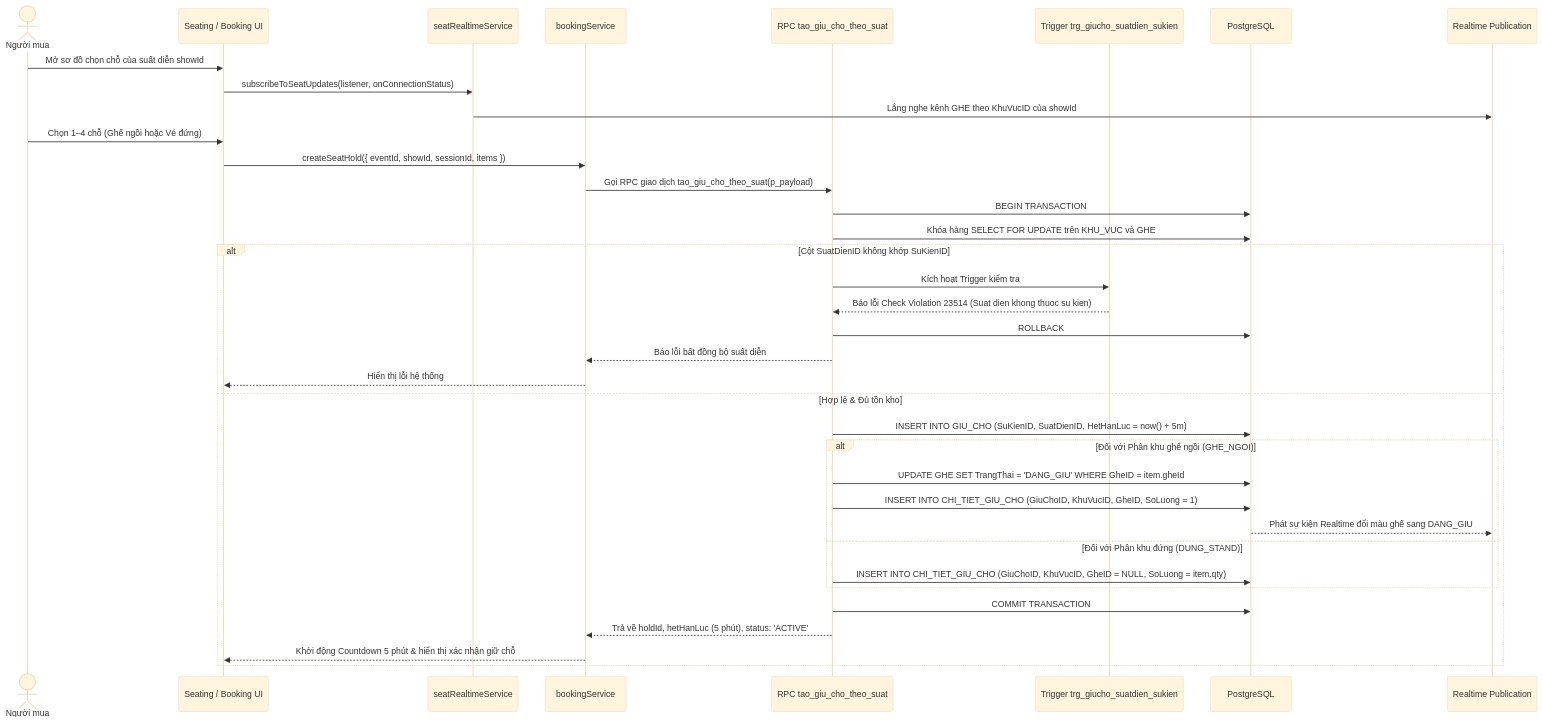
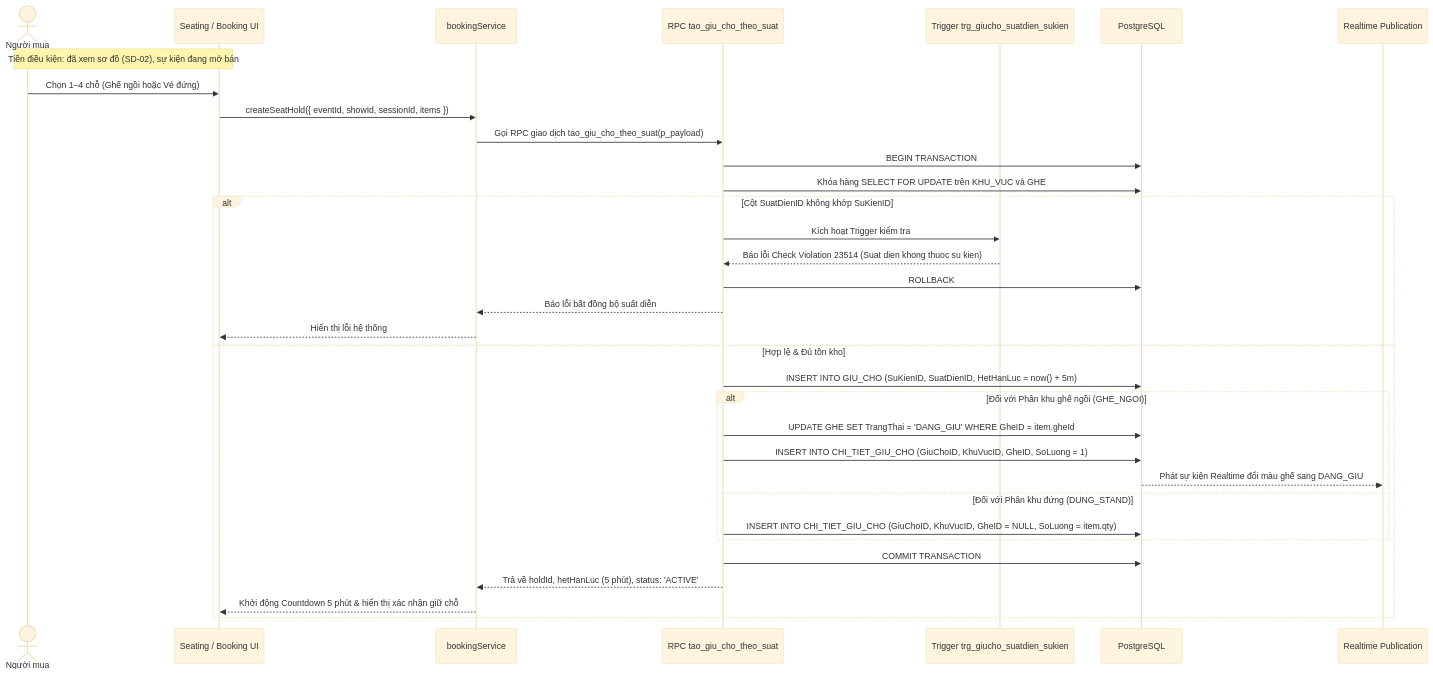
Before and after one commit to minhdc2011/EVENTTICKETING: the tenth of 12 diagrams in docs/sprint1-deliverables/02_ANALYSIS_AND_SYSTEM_DESIGN.md, drawn with Mermaid (base theme). The commit also changed other lines of this file and 5 other files, not shown here.

First line of the commit message:
docs: unify requirement, use case and sequence codes with SRS and use case spec

````diff
--- a/docs/sprint1-deliverables/02_ANALYSIS_AND_SYSTEM_DESIGN.md
+++ b/docs/sprint1-deliverables/02_ANALYSIS_AND_SYSTEM_DESIGN.md
@@ -464,41 +599,38 @@
 ```mermaid
 sequenceDiagram
   actor U as Người mua
   participant UI as Seating / Booking UI
-  participant SRS as seatRealtimeService
   participant BS as bookingService
   participant RPC as RPC tao_giu_cho_theo_suat
   participant TRG as Trigger trg_giucho_suatdien_sukien
   participant DB as PostgreSQL
   participant WS as Realtime Publication
 
-  U->>UI: Mở sơ đồ chọn chỗ của suất diễn showId
-  UI->>SRS: subscribeToSeatUpdates(listener, onConnectionStatus)
-  SRS->>WS: Lắng nghe kênh GHE theo KhuVucID của showId
+  Note over U,UI: Tiền điều kiện: đã xem sơ đồ (SD-02), sự kiện đang mở bán
 
   U->>UI: Chọn 1–4 chỗ (Ghế ngồi hoặc Vé đứng)
   UI->>BS: createSeatHold({ eventId, showId, sessionId, items })
   BS->>RPC: Gọi RPC giao dịch tao_giu_cho_theo_suat(p_payload)
   RPC->>DB: BEGIN TRANSACTION;
   RPC->>DB: Khóa hàng SELECT FOR UPDATE trên KHU_VUC và GHE
 
   alt Cột SuatDienID không khớp SuKienID
     RPC->>TRG: Kích hoạt Trigger kiểm tra
     TRG-->>RPC: Báo lỗi Check Violation 23514 (Suat dien khong thuoc su kien)
     RPC->>DB: ROLLBACK;
     RPC-->>BS: Báo lỗi bất đồng bộ suất diễn
     BS-->>UI: Hiển thị lỗi hệ thống
   else Hợp lệ & Đủ tồn kho
     RPC->>DB: INSERT INTO GIU_CHO (SuKienID, SuatDienID, HetHanLuc = now() + 5m)
     alt Đối với Phân khu ghế ngồi (GHE_NGOI)
       RPC->>DB: UPDATE GHE SET TrangThai = 'DANG_GIU' WHERE GheID = item.gheId
       RPC->>DB: INSERT INTO CHI_TIET_GIU_CHO (GiuChoID, KhuVucID, GheID, SoLuong = 1)
       DB-->>WS: Phát sự kiện Realtime đổi màu ghế sang DANG_GIU
     else Đối với Phân khu đứng (DUNG_STAND)
       RPC->>DB: INSERT INTO CHI_TIET_GIU_CHO (GiuChoID, KhuVucID, GheID = NULL, SoLuong = item.qty)
     end
     RPC->>DB: COMMIT TRANSACTION;
     RPC-->>BS: Trả về holdId, hetHanLuc (5 phút), status: 'ACTIVE'
     BS-->>UI: Khởi động Countdown 5 phút & hiển thị xác nhận giữ chỗ
   end
 ```
````
